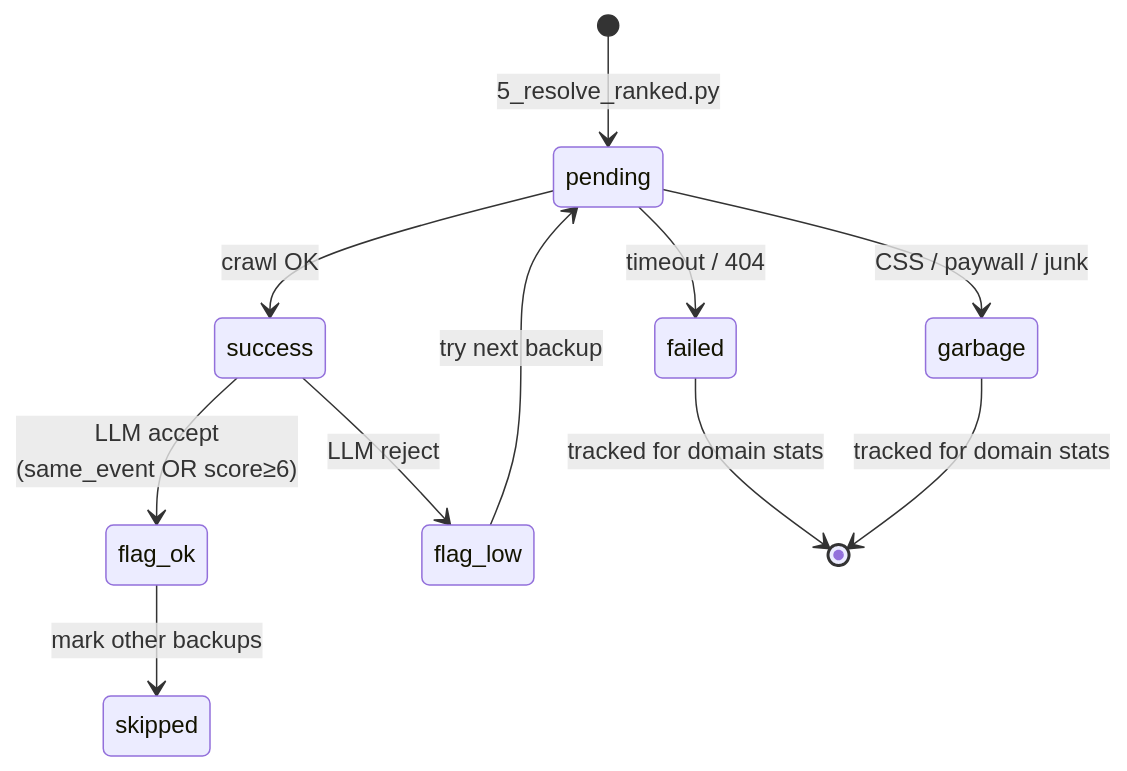
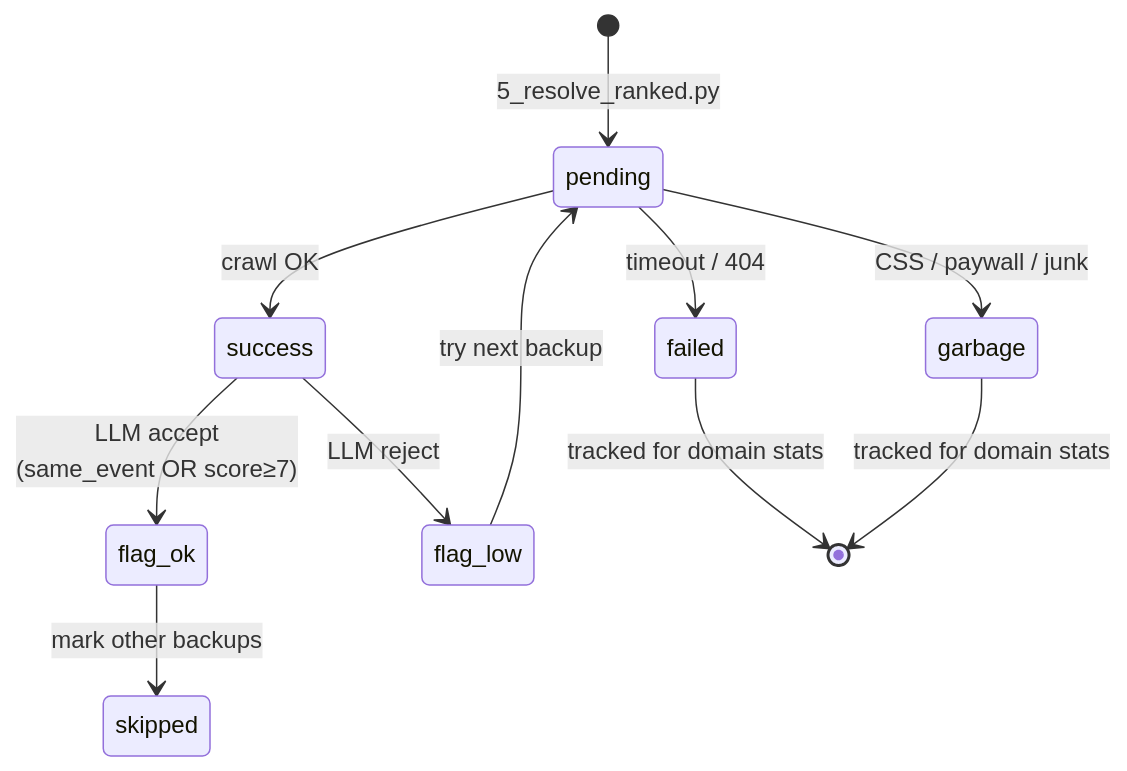
The third of 4 diagrams in docs/1-news-backend.md (choym92/araverus), drawn with Mermaid before and after one commit. The commit also changed other lines of this file, not shown here.

Commit message:
docs: update LLM threshold and crawl map filter in 1-news-backend

````diff
--- a/docs/1-news-backend.md
+++ b/docs/1-news-backend.md
@@ -244,17 +245,17 @@
 ```mermaid
 stateDiagram-v2
     [*] --> pending: 5_resolve_ranked.py
 
     pending --> success: crawl OK
     pending --> failed: timeout / 404
     pending --> garbage: CSS / paywall / junk
 
-    success --> flag_ok: LLM accept<br/>(same_event OR score≥6)
+    success --> flag_ok: LLM accept<br/>(same_event OR score≥7)
     success --> flag_low: LLM reject
 
     flag_ok --> skipped: mark other backups
     flag_low --> pending: try next backup
 
     failed --> [*]: tracked for domain stats
     garbage --> [*]: tracked for domain stats
 ```
````
